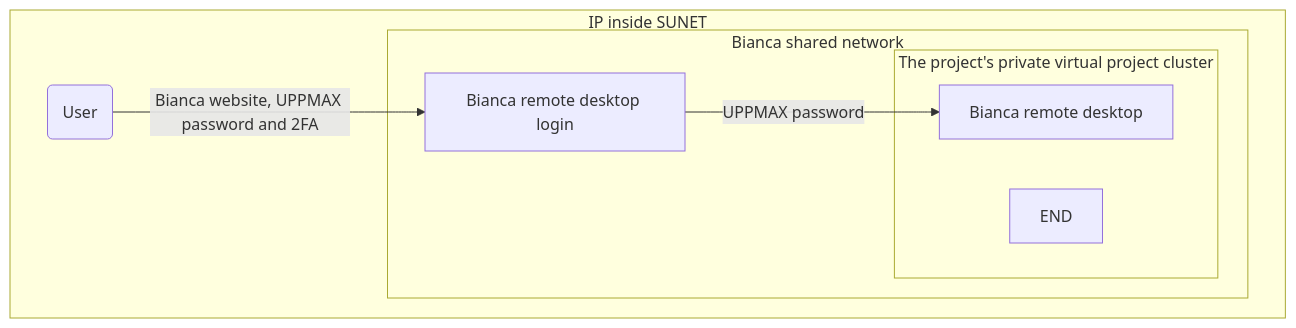
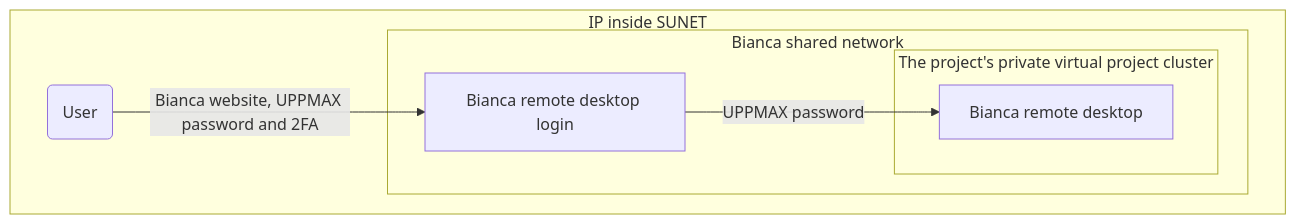
One commit to UPPMAX/UPPMAX-documentation changed the diagram in docs/getting_started/login_bianca_remote_desktop_website.md. Above: the diagram before and after it, drawn with Mermaid. The commit also changed other lines of this file, not shown here.

Commit message:
Fix Mermaid error

````diff
--- a/docs/getting_started/login_bianca_remote_desktop_website.md
+++ b/docs/getting_started/login_bianca_remote_desktop_website.md
@@ -196,23 +199,20 @@
 ```mermaid
 flowchart TD
 
     subgraph sub_inside[IP inside SUNET]
 
       user(User)
 
       subgraph sub_bianca_shared_env[Bianca shared network]
         bianca_shared_remote_desktop[Bianca remote desktop login]
         subgraph sub_bianca_private_env[The project's private virtual project cluster]
           bianca_private_remote_desktop[Bianca remote desktop]
-
-          %% Ensure the innermost square gets big enough
-          END:::hidden
         end
       end
     end
 
     %% Inside SUNET
     user-->|Bianca website, UPPMAX password and 2FA|bianca_shared_remote_desktop
 
     bianca_shared_remote_desktop --> |UPPMAX password| bianca_private_remote_desktop
 ```
````
